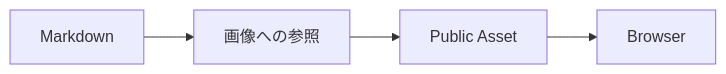
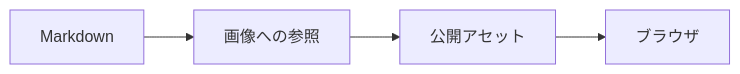
One commit to Rerurate514/riebeckite changed the fifth of 7 diagrams in docs/docs/guides/obsidian.ja.md. Above: the diagram before and after it, drawn with Mermaid. The commit also changed other lines of this file and 310 other files, not shown here.

````diff
--- a/docs/docs/guides/obsidian.ja.md
+++ b/docs/docs/guides/obsidian.ja.md
@@ -448,11 +400,11 @@
 ```mermaid id="ih1u6m"
 flowchart LR
     Note["Markdown"]
     Link["画像への参照"]
-    Public["Public Asset"]
-    Browser["Browser"]
+    Public["公開アセット"]
+    Browser["ブラウザ"]
 
     Note --> Link
     Link --> Public
     Public --> Browser
 ```
````
